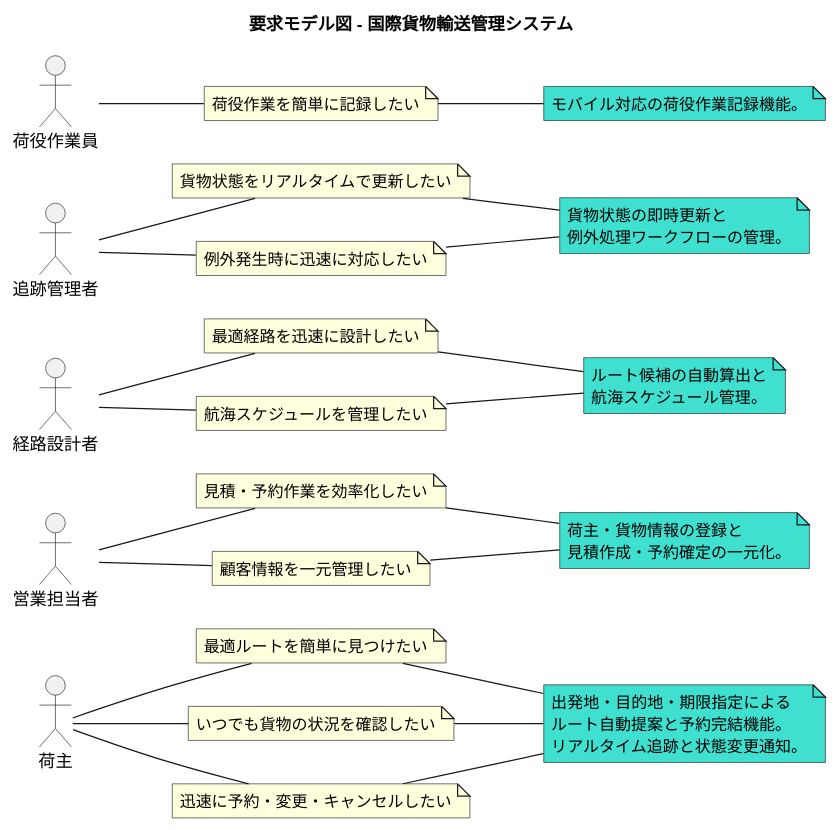
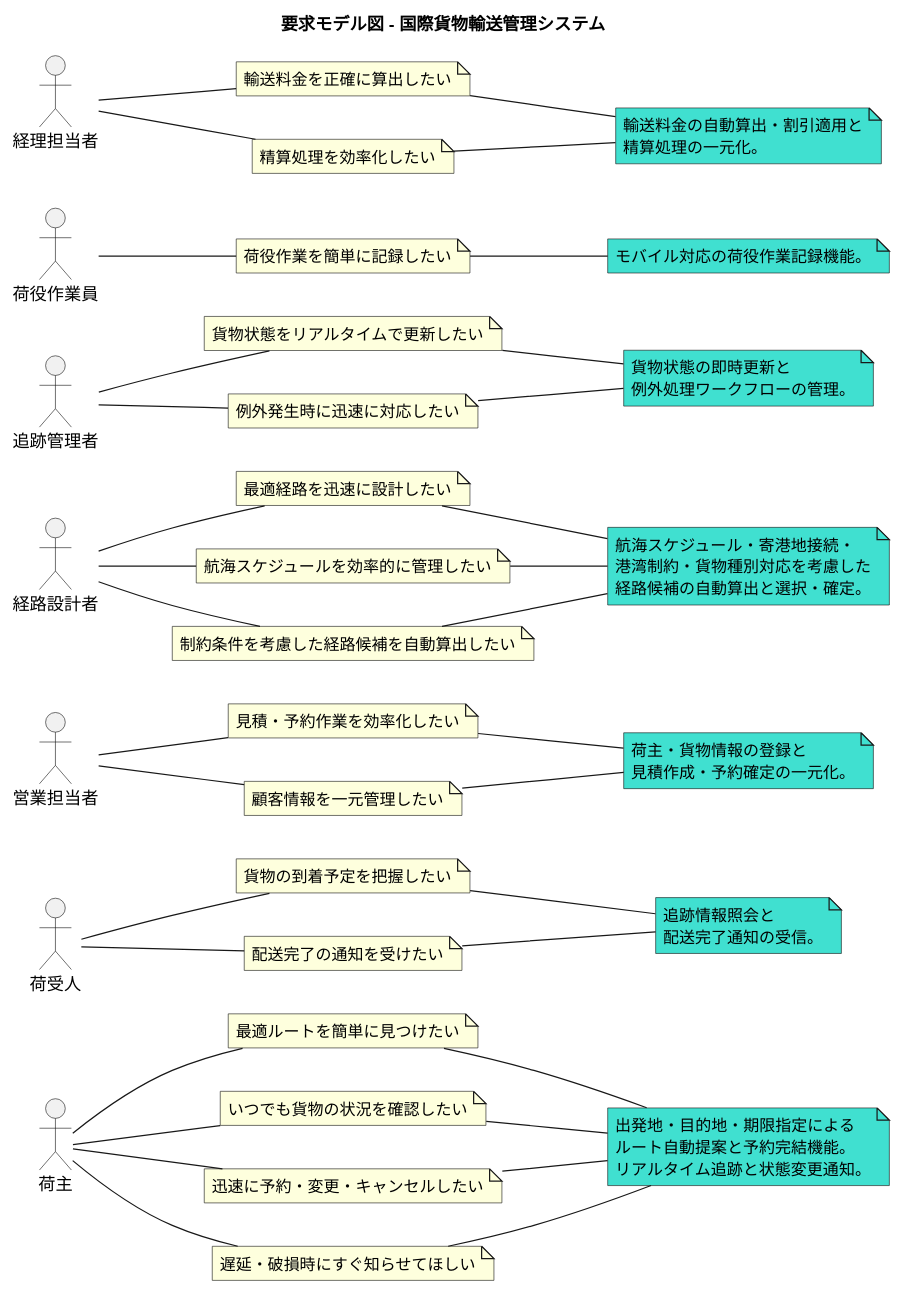
One commit to k2works/case-study-cargo-tracker changed the second of 21 diagrams in docs/requirements/requirements_definition.md. Above: the diagram before and after it, drawn with PlantUML. The commit also changed other lines of this file and 3 other files, not shown here.

````diff
--- a/docs/requirements/requirements_definition.md
+++ b/docs/requirements/requirements_definition.md
@@ -71,6 +73,7 @@
 note "最適ルートを簡単に見つけたい" as s_r1
 note "いつでも貨物の状況を確認したい" as s_r2
 note "迅速に予約・変更・キャンセルしたい" as s_r3
+note "遅延・破損時にすぐ知らせてほしい" as s_r4
 note as s_dr1 #Turquoise
   出発地・目的地・期限指定による
   ルート自動提案と予約完結機能。
@@ -79,9 +82,23 @@
 :荷主: -- s_r1
 :荷主: -- s_r2
 :荷主: -- s_r3
+:荷主: -- s_r4
 s_r1 -- s_dr1
 s_r2 -- s_dr1
 s_r3 -- s_dr1
+s_r4 -- s_dr1
+
+actor 荷受人
+note "貨物の到着予定を把握したい" as cr_r1
+note "配送完了の通知を受けたい" as cr_r2
+note as cr_dr1 #Turquoise
+  追跡情報照会と
+  配送完了通知の受信。
+end note
+:荷受人: -- cr_r1
+:荷受人: -- cr_r2
+cr_r1 -- cr_dr1
+cr_r2 -- cr_dr1
 
 actor 営業担当者
 note "見積・予約作業を効率化したい" as sa_r1
@@ -97,15 +114,19 @@
 
 actor 経路設計者
 note "最適経路を迅速に設計したい" as rd_r1
-note "航海スケジュールを管理したい" as rd_r2
+note "航海スケジュールを効率的に管理したい" as rd_r2
+note "制約条件を考慮した経路候補を自動算出したい" as rd_r3
 note as rd_dr1 #Turquoise
-  ルート候補の自動算出と
-  航海スケジュール管理。
+  航海スケジュール・寄港地接続・
+  港湾制約・貨物種別対応を考慮した
+  経路候補の自動算出と選択・確定。
 end note
 :経路設計者: -- rd_r1
 :経路設計者: -- rd_r2
+:経路設計者: -- rd_r3
 rd_r1 -- rd_dr1
 rd_r2 -- rd_dr1
+rd_r3 -- rd_dr1
 
 actor 追跡管理者
 note "貨物状態をリアルタイムで更新したい" as tm_r1
@@ -127,5 +148,17 @@
 :荷役作業員: -- hw_r1
 hw_r1 -- hw_dr1
 
+actor 経理担当者
+note "輸送料金を正確に算出したい" as ac_r1
+note "精算処理を効率化したい" as ac_r2
+note as ac_dr1 #Turquoise
+  輸送料金の自動算出・割引適用と
+  精算処理の一元化。
+end note
+:経理担当者: -- ac_r1
+:経理担当者: -- ac_r2
+ac_r1 -- ac_dr1
+ac_r2 -- ac_dr1
+
 @enduml
 ```
````
